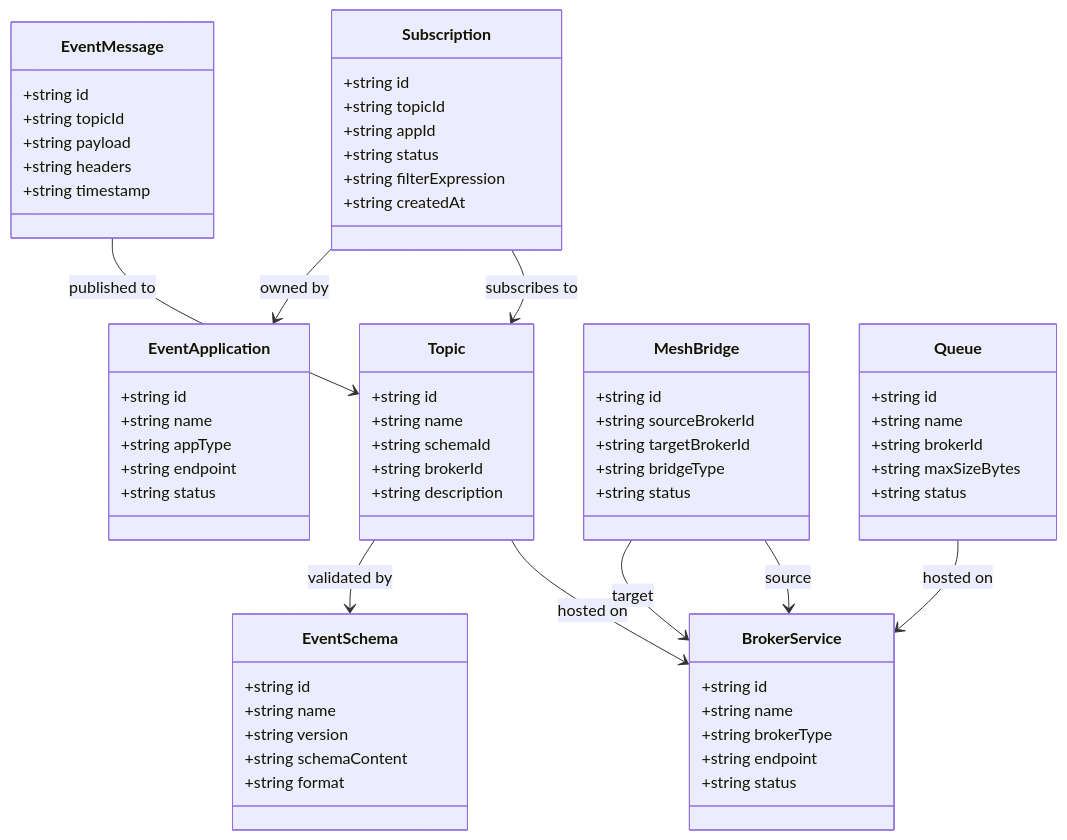
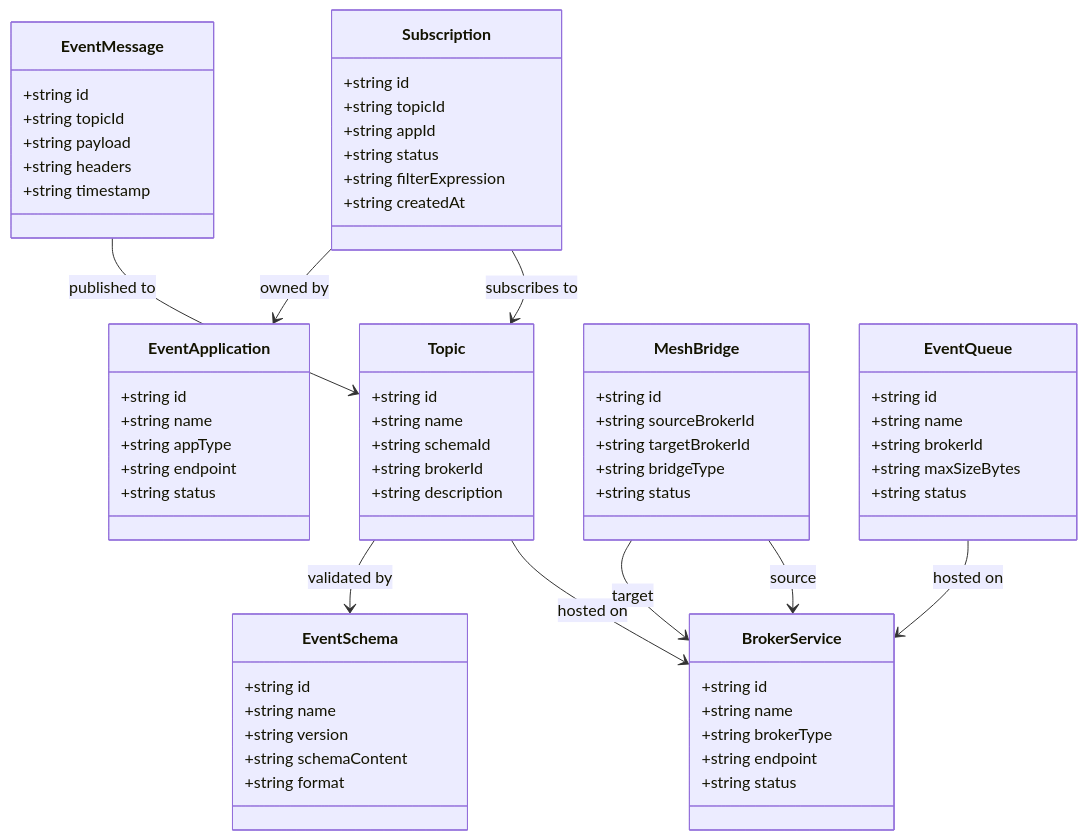
One commit to UIMSolutions/uim-platform changed the first of 4 diagrams in advanced-events/UML.md. Above: the diagram before and after it, drawn with Mermaid. The commit also changed other lines of this file and 125 other files, not shown here.

First line of the commit message:
Refactor Queue to EventQueue across the advanced-events module

````diff
--- a/advanced-events/UML.md
+++ b/advanced-events/UML.md
@@ -10,69 +10,69 @@
 ```mermaid
 classDiagram
     class Subscription {
         +string id
         +string topicId
         +string appId
         +string status
         +string filterExpression
         +string createdAt
     }
     class Topic {
         +string id
         +string name
         +string schemaId
         +string brokerId
         +string description
     }
     class BrokerService {
         +string id
         +string name
         +string brokerType
         +string endpoint
         +string status
     }
     class EventSchema {
         +string id
         +string name
         +string version
         +string schemaContent
         +string format
     }
     class EventMessage {
         +string id
         +string topicId
         +string payload
         +string headers
         +string timestamp
     }
     class EventApplication {
         +string id
         +string name
         +string appType
         +string endpoint
         +string status
     }
     class MeshBridge {
         +string id
         +string sourceBrokerId
         +string targetBrokerId
         +string bridgeType
         +string status
     }
-    class Queue {
+    class EventQueue {
         +string id
         +string name
         +string brokerId
         +string maxSizeBytes
         +string status
     }
 
     Topic --> BrokerService : hosted on
     Topic --> EventSchema : validated by
     Subscription --> Topic : subscribes to
     Subscription --> EventApplication : owned by
     EventMessage --> Topic : published to
-    Queue --> BrokerService : hosted on
+    EventQueue --> BrokerService : hosted on
     MeshBridge --> BrokerService : source
     MeshBridge --> BrokerService : target
 ```
````
